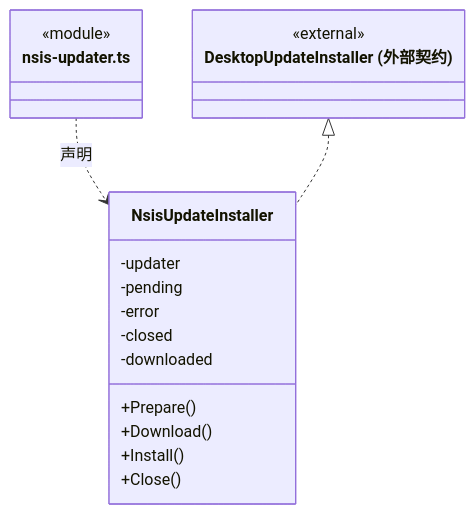
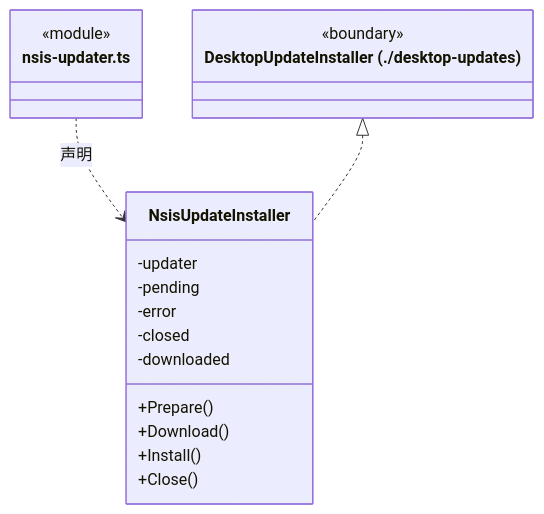
The ninth of 28 diagrams in src/logic/updates/service/ARCHITECTURE.md (nan023062/cbim), drawn with Mermaid before and after one commit. The commit also changed other lines of this file and 112 other files, not shown here.

Commit message:
docs: align source architecture with current declarations and contracts

````diff
--- a/src/logic/updates/service/ARCHITECTURE.md
+++ b/src/logic/updates/service/ARCHITECTURE.md
@@ -328,22 +329,22 @@
 ```mermaid
 classDiagram
 class N_src_logic_updates_service_nsis_updater_ts["nsis-updater.ts"] {
   <<module>>
 }
 class N_src_logic_updates_service_nsis_updater_ts_NsisUpdateInstaller["NsisUpdateInstaller"] {
   +Prepare()
   +Download()
   +Install()
   +Close()
   -updater
   -pending
   -error
   -closed
   -downloaded
 }
 N_src_logic_updates_service_nsis_updater_ts ..> N_src_logic_updates_service_nsis_updater_ts_NsisUpdateInstaller : 声明
-class N_src_logic_updates_service_nsis_updater_ts_external_DesktopUpdateInstaller["DesktopUpdateInstaller (外部契约)"] {
-  <<external>>
+class N_src_logic_updates_service_nsis_updater_ts_external_DesktopUpdateInstaller["DesktopUpdateInstaller (./desktop-updates)"] {
+  <<boundary>>
 }
 N_src_logic_updates_service_nsis_updater_ts_external_DesktopUpdateInstaller <|.. N_src_logic_updates_service_nsis_updater_ts_NsisUpdateInstaller
 ```
````
